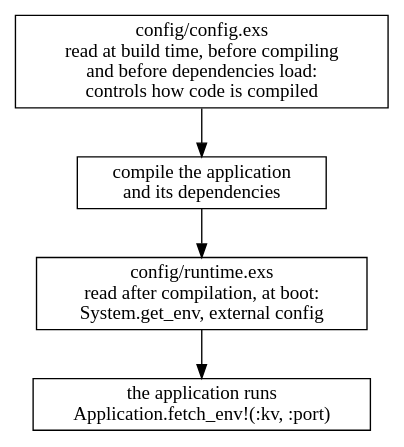
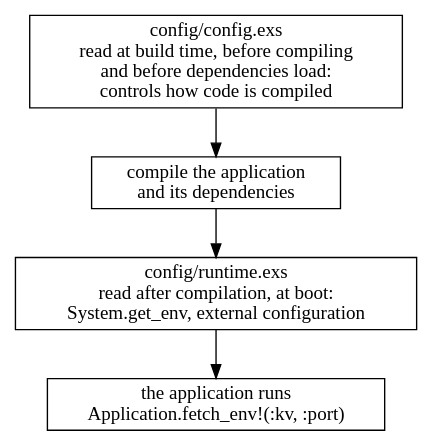
Before and after one commit to danceinthefake/visualixir: the diagram in docs/diagrams/config-and-distribution/config-files.dot, drawn with Graphviz. The commit also changed 59 other files, not shown here.

First line of the commit message:
Apply ASD-STE100 to interface text and diagram labels

```diff
--- a/docs/diagrams/config-and-distribution/config-files.dot
+++ b/docs/diagrams/config-and-distribution/config-files.dot
@@ -1,8 +1,8 @@
 digraph config_files {
   node [shape=box]
   a [label="config/config.exs\nread at build time, before compiling\nand before dependencies load:\ncontrols how code is compiled"]
   b [label="compile the application\nand its dependencies"]
-  c [label="config/runtime.exs\nread after compilation, at boot:\nSystem.get_env, external config" class=hl]
+  c [label="config/runtime.exs\nread after compilation, at boot:\nSystem.get_env, external configuration" class=hl]
   d [label="the application runs\nApplication.fetch_env!(:kv, :port)"]
   a -> b -> c -> d
 }
```
